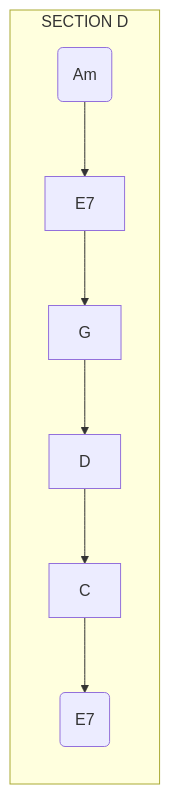
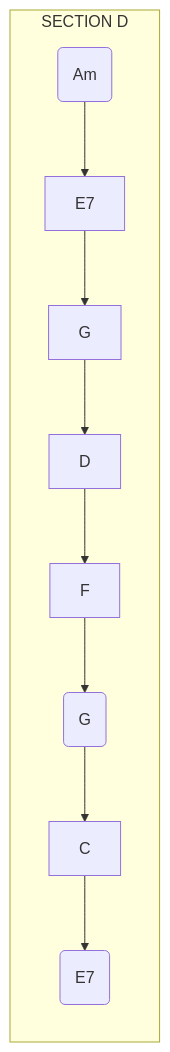
One commit to dengqinghua/dengqinghua.github.io changed the second of 2 diagrams in _posts/2020-12-01-live-more.md. Above: the diagram before and after it, drawn with Mermaid. The commit also changed other lines of this file and 2 other files, not shown here.

```diff
--- a/_posts/2020-12-01-live-more.md
+++ b/_posts/2020-12-01-live-more.md
@@ -34,6 +34,6 @@
 {% mermaid %}
 graph LR
     subgraph SECTION D
-    Am(Am)-->E7-->G-->D-->C-->E7-1(E7)
+    Am(Am)-->E7-->G-->D-->F-->G1(G)-->C-->E7-1(E7)
     end
 {% endmermaid %}
```
